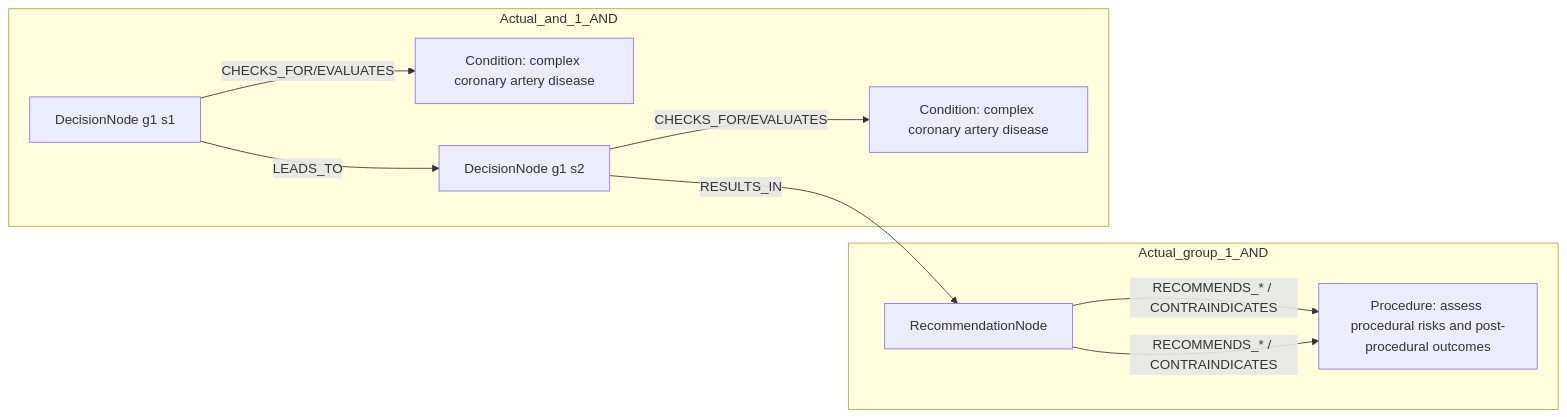
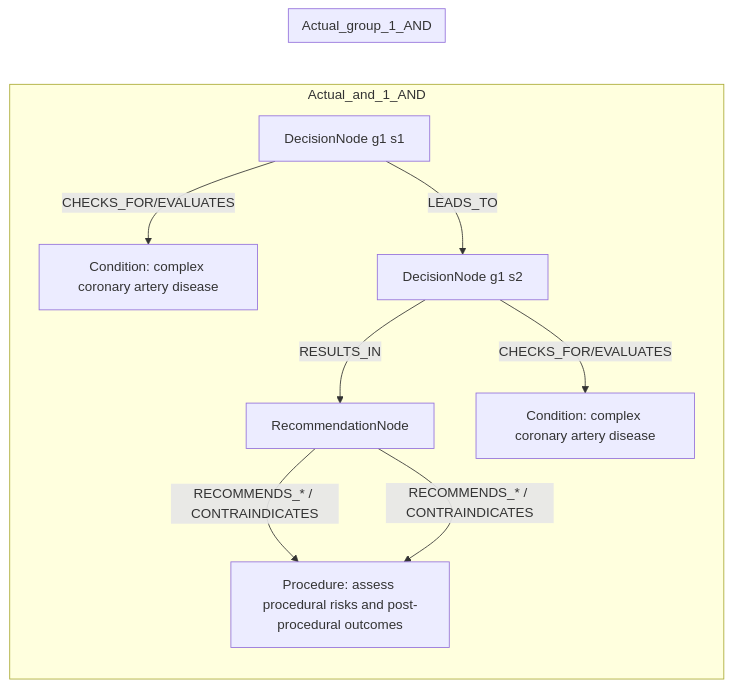
Before and after one commit to dieterich-lab/CardioGuidelinesGraph: the second of 2 diagrams in docs/table22_rows/row_18.md, drawn with Mermaid. The commit also changed other lines of this file and 17 other files, not shown here.

````diff
--- a/docs/table22_rows/row_18.md
+++ b/docs/table22_rows/row_18.md
@@ -184,22 +184,22 @@
 ```mermaid
 graph LR
-  subgraph Actual_group_1_AND
-    REC[RecommendationNode]
-    REC
-    ACT1[Procedure: assess procedural risks and post-procedural outcomes]
-    REC -->|RECOMMENDS_* / CONTRAINDICATES| ACT1
-  end
   subgraph Actual_and_1_AND
     REC[RecommendationNode]
     D1[DecisionNode g1 s1]
     C1[Condition: complex coronary artery disease]
     D1 -->|CHECKS_FOR/EVALUATES| C1
     D2[DecisionNode g1 s2]
     C2[Condition: complex coronary artery disease]
     D2 -->|CHECKS_FOR/EVALUATES| C2
     D1 -->|LEADS_TO| D2
     D2 -->|RESULTS_IN| REC
     ACT1[Procedure: assess procedural risks and post-procedural outcomes]
     REC -->|RECOMMENDS_* / CONTRAINDICATES| ACT1
   end
+  subgraph Actual_group_1_AND
+    REC[RecommendationNode]
+    REC
+    ACT1[Procedure: assess procedural risks and post-procedural outcomes]
+    REC -->|RECOMMENDS_* / CONTRAINDICATES| ACT1
+  end
 ```
````
